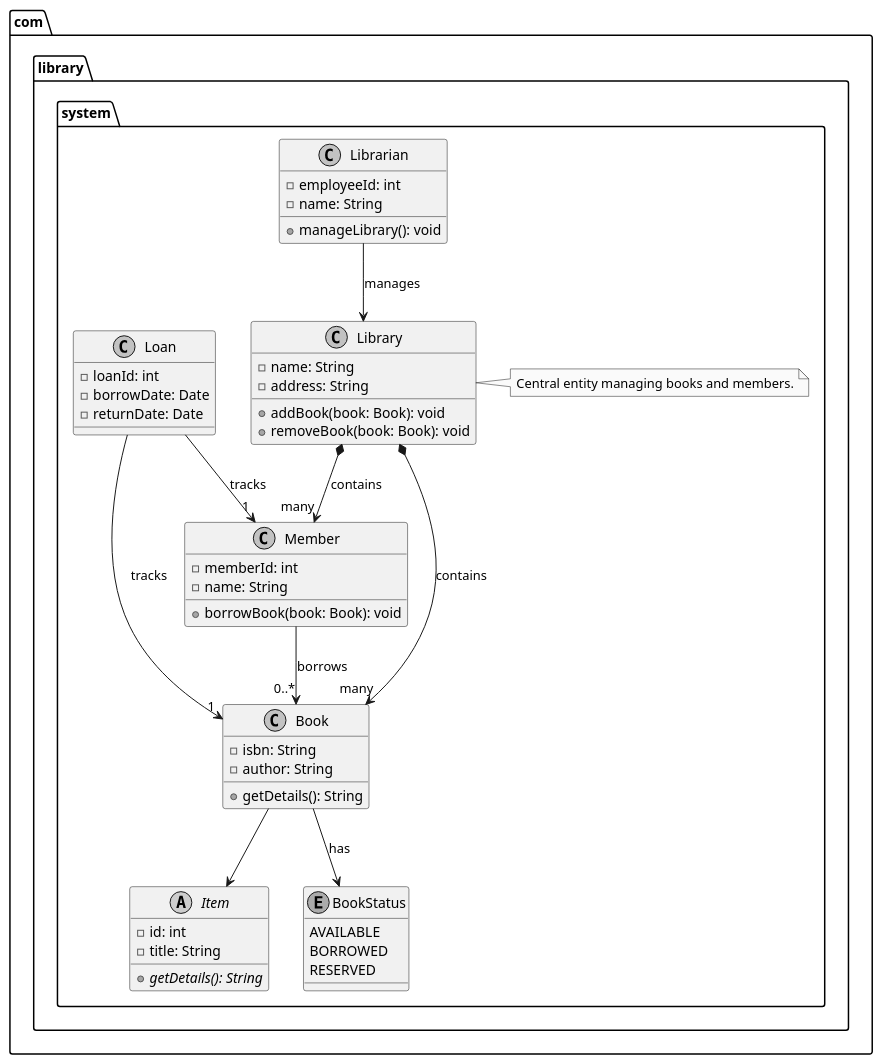
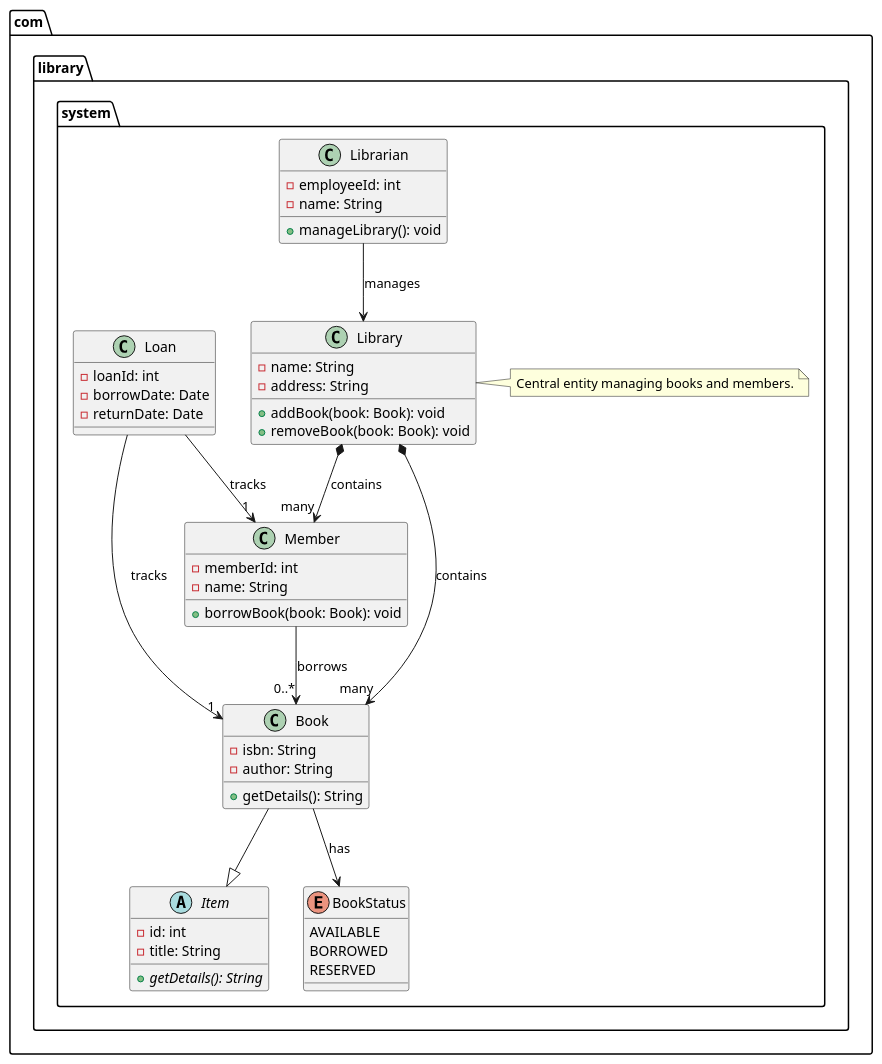
Diagram 18 of 18 in 03-modern-cpp/session07/03.plantuml_class_diagram_guide_library_system.md (orcalinux/embedded-linux-diploma), drawn with PlantUML before and after one commit. The commit also changed other lines of this file, not shown here.

````diff
--- a/03-modern-cpp/session07/03.plantuml_class_diagram_guide_library_system.md
+++ b/03-modern-cpp/session07/03.plantuml_class_diagram_guide_library_system.md
@@ -370,64 +370,64 @@
 ```plantuml
 @startuml
 package "com.library.system" {
   abstract class Item {
     -id: int
     -title: String
     +getDetails(): String {abstract}
   }
 
   class Book {
     -isbn: String
     -author: String
     +getDetails(): String
   }
 
   class Library {
     -name: String
     -address: String
     +addBook(book: Book): void
     +removeBook(book: Book): void
   }
 
   class Member {
     -memberId: int
     -name: String
     +borrowBook(book: Book): void
   }
 
   class Librarian {
     -employeeId: int
     -name: String
     +manageLibrary(): void
   }
 
   class Loan {
     -loanId: int
     -borrowDate: Date
     -returnDate: Date
   }
 
   enum BookStatus {
     AVAILABLE
     BORROWED
     RESERVED
   }
 
   ' Relationships
-  Book --> Item
+  Book --|> Item
   Library *--> "many" Book : contains
   Library *--> "many" Member : contains
   Member --> "0..*" Book : borrows
   Librarian --> Library : manages
   Loan --> "1" Book : tracks
   Loan --> "1" Member : tracks
   Book --> BookStatus : has
 
   note right of Library
     Central entity managing books and members.
   end note
 }
 
-skinparam monochrome true
+skinparam monochrome false
 @enduml
 ```
````
